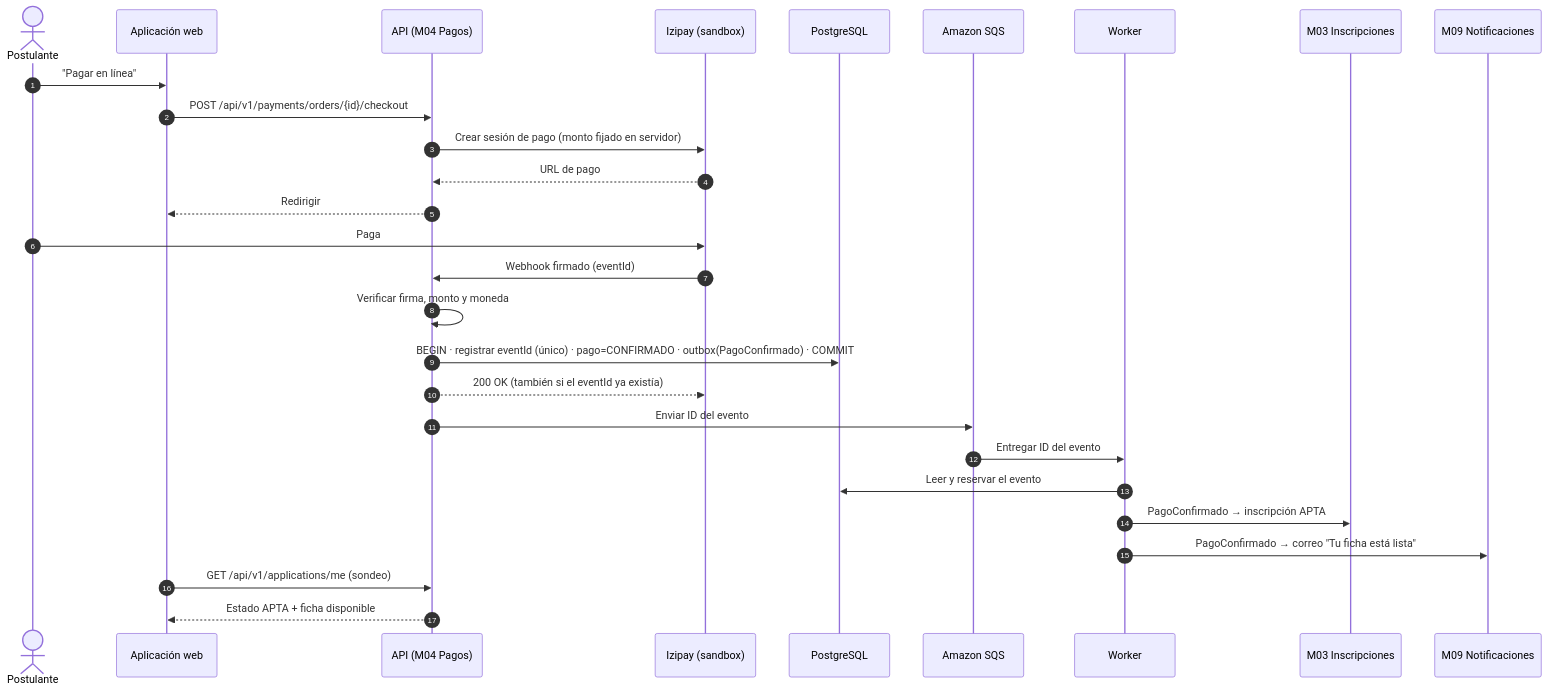
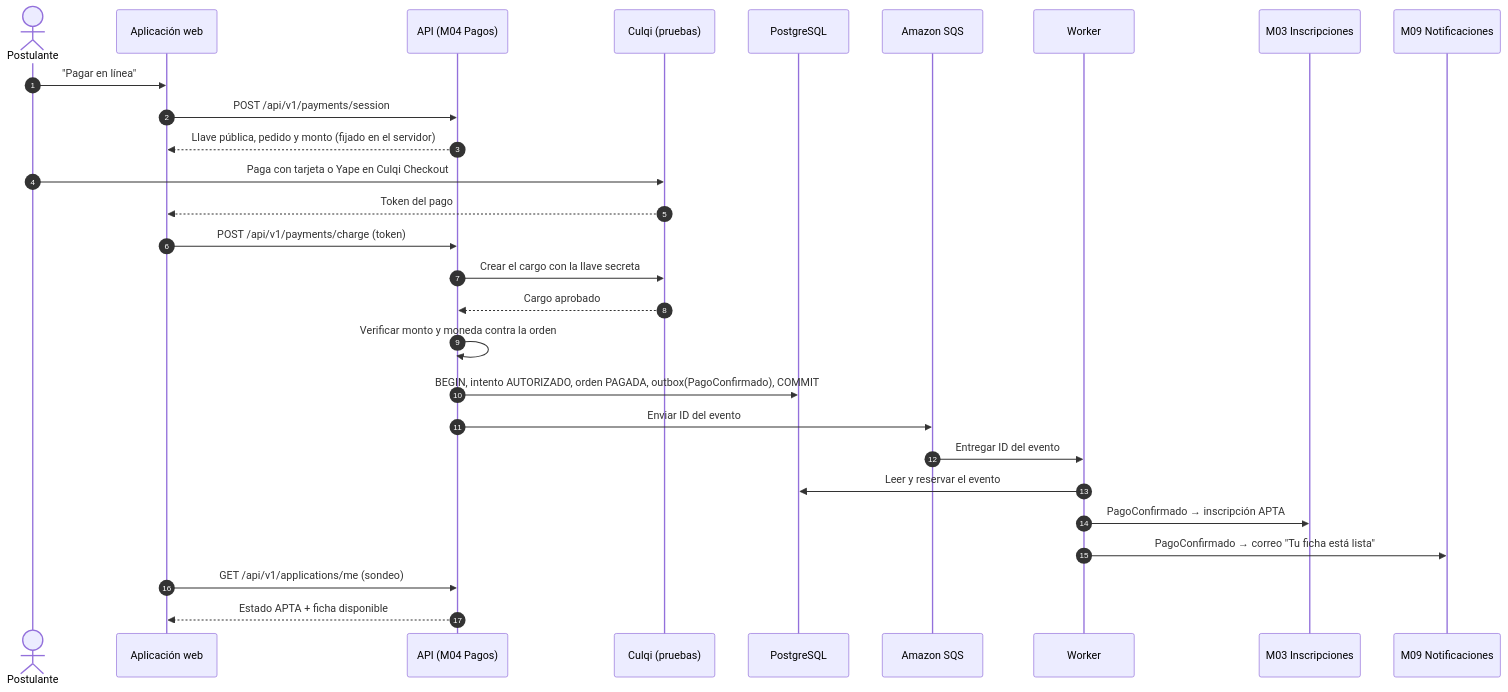
The seventh of 7 diagrams in docs/arquitectura.md (DiegoCoras06/sia-unsch-admision), drawn with Mermaid before and after one commit. The commit also changed other lines of this file and 66 other files, not shown here.

First line of the commit message:
Pagos: Culqi como única pasarela, con tarjeta y Yape (ADR-024)

````diff
--- a/docs/arquitectura.md
+++ b/docs/arquitectura.md
@@ -258,31 +258,31 @@
 ```mermaid
 sequenceDiagram
   autonumber
   actor P as Postulante
   participant W as Aplicación web
   participant API as API (M04 Pagos)
-  participant PG as Izipay (sandbox)
+  participant PG as Culqi (pruebas)
   participant DB as PostgreSQL
   participant Q as Amazon SQS
   participant WK as Worker
   participant M03 as M03 Inscripciones
   participant M09 as M09 Notificaciones
 
   P->>W: "Pagar en línea"
-  W->>API: POST /api/v1/payments/orders/{id}/checkout
-  API->>PG: Crear sesión de pago (monto fijado en servidor)
-  PG-->>API: URL de pago
-  API-->>W: Redirigir
-  P->>PG: Paga
-  PG->>API: Webhook firmado (eventId)
-  API->>API: Verificar firma, monto y moneda
-  API->>DB: BEGIN · registrar eventId (único) · pago=CONFIRMADO · outbox(PagoConfirmado) · COMMIT
-  API-->>PG: 200 OK (también si el eventId ya existía)
+  W->>API: POST /api/v1/payments/session
+  API-->>W: Llave pública, pedido y monto (fijado en el servidor)
+  P->>PG: Paga con tarjeta o Yape en Culqi Checkout
+  PG-->>W: Token del pago
+  W->>API: POST /api/v1/payments/charge (token)
+  API->>PG: Crear el cargo con la llave secreta
+  PG-->>API: Cargo aprobado
+  API->>API: Verificar monto y moneda contra la orden
+  API->>DB: BEGIN, intento AUTORIZADO, orden PAGADA, outbox(PagoConfirmado), COMMIT
   API->>Q: Enviar ID del evento
   Q->>WK: Entregar ID del evento
   WK->>DB: Leer y reservar el evento
   WK->>M03: PagoConfirmado → inscripción APTA
   WK->>M09: PagoConfirmado → correo "Tu ficha está lista"
   W->>API: GET /api/v1/applications/me (sondeo)
   API-->>W: Estado APTA + ficha disponible
 ```
````
